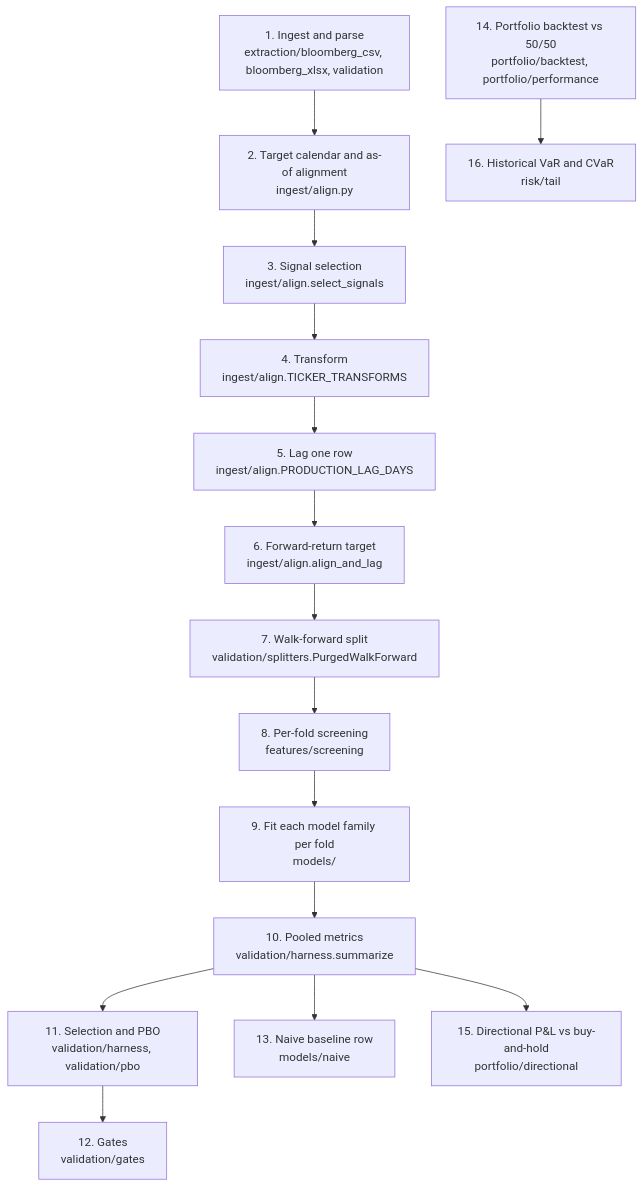
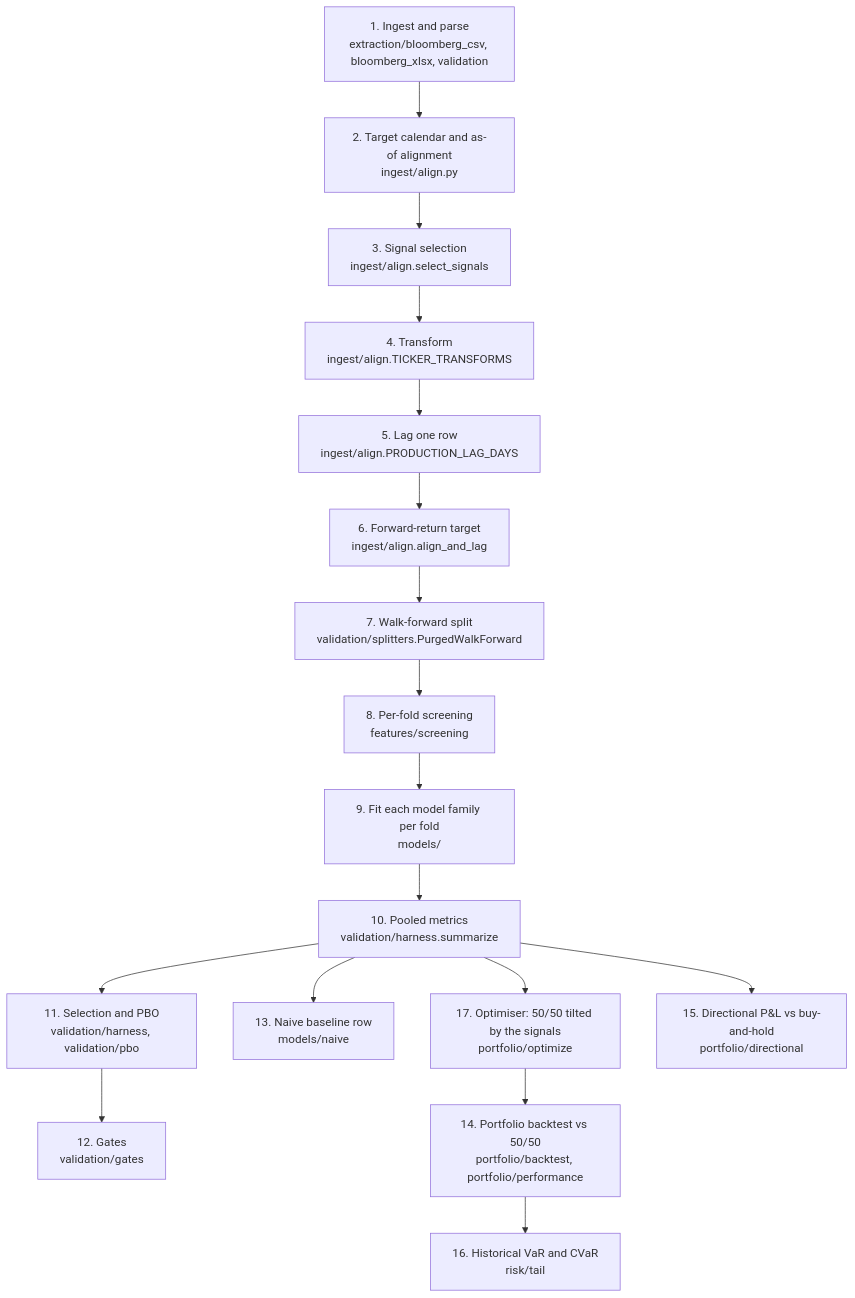
The diagram in docs/methodology.md (QuekKangSheng/forecasting-engine), drawn with Mermaid before and after one commit. The commit also changed other lines of this file and 20 other files, not shown here.

````diff
--- a/docs/methodology.md
+++ b/docs/methodology.md
@@ -14,19 +14,21 @@
 ```mermaid
 flowchart TD
     A["1. Ingest and parse<br/>extraction/bloomberg_csv, bloomberg_xlsx, validation"] --> B
     B["2. Target calendar and as-of alignment<br/>ingest/align.py"] --> C
     C["3. Signal selection<br/>ingest/align.select_signals"] --> D
     D["4. Transform<br/>ingest/align.TICKER_TRANSFORMS"] --> E
     E["5. Lag one row<br/>ingest/align.PRODUCTION_LAG_DAYS"] --> F
     F["6. Forward-return target<br/>ingest/align.align_and_lag"] --> G
     G["7. Walk-forward split<br/>validation/splitters.PurgedWalkForward"] --> H
     H["8. Per-fold screening<br/>features/screening"] --> I
     I["9. Fit each model family per fold<br/>models/"] --> J
     J["10. Pooled metrics<br/>validation/harness.summarize"] --> K
     K["11. Selection and PBO<br/>validation/harness, validation/pbo"] --> L
     L["12. Gates<br/>validation/gates"]
     J --> M["13. Naive baseline row<br/>models/naive"]
-    N["14. Portfolio backtest vs 50/50<br/>portfolio/backtest, portfolio/performance"] --> P
+    J --> Q["17. Optimiser: 50/50 tilted by the signals<br/>portfolio/optimize"]
+    Q --> N["14. Portfolio backtest vs 50/50<br/>portfolio/backtest, portfolio/performance"]
+    N --> P
     J --> O["15. Directional P&L vs buy-and-hold<br/>portfolio/directional"]
     P["16. Historical VaR and CVaR<br/>risk/tail"]
 ```
````
